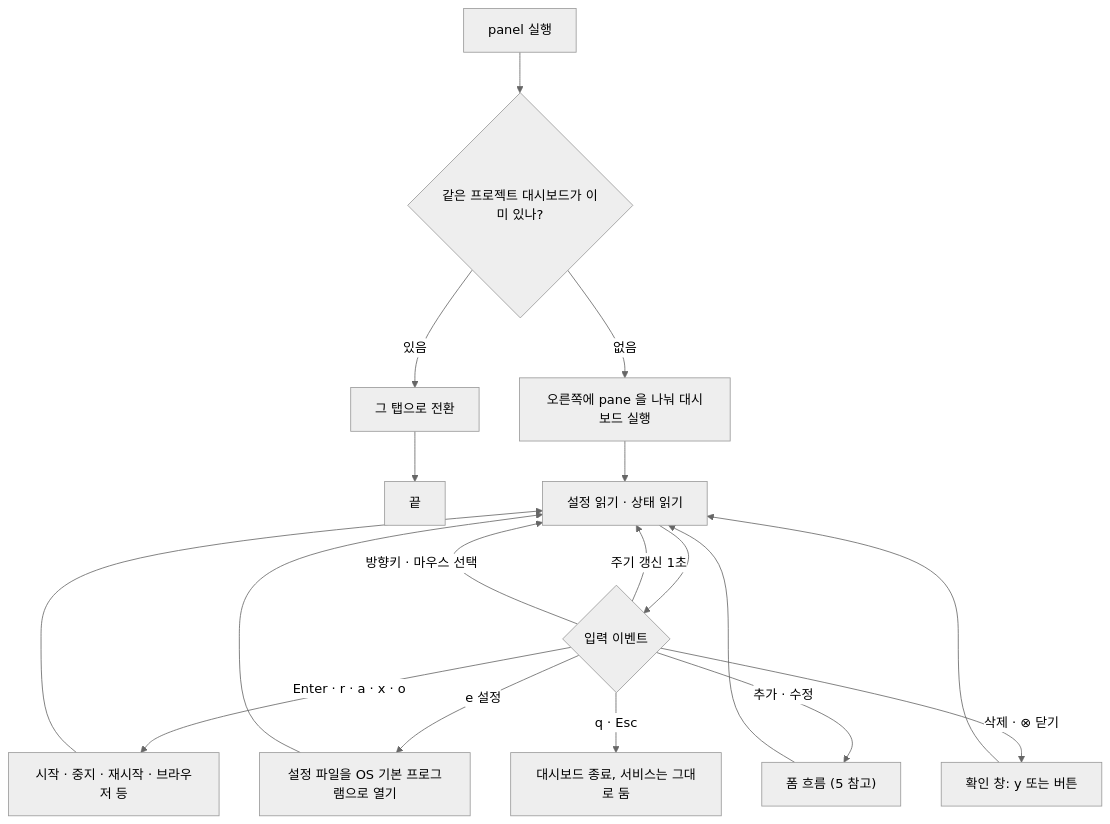
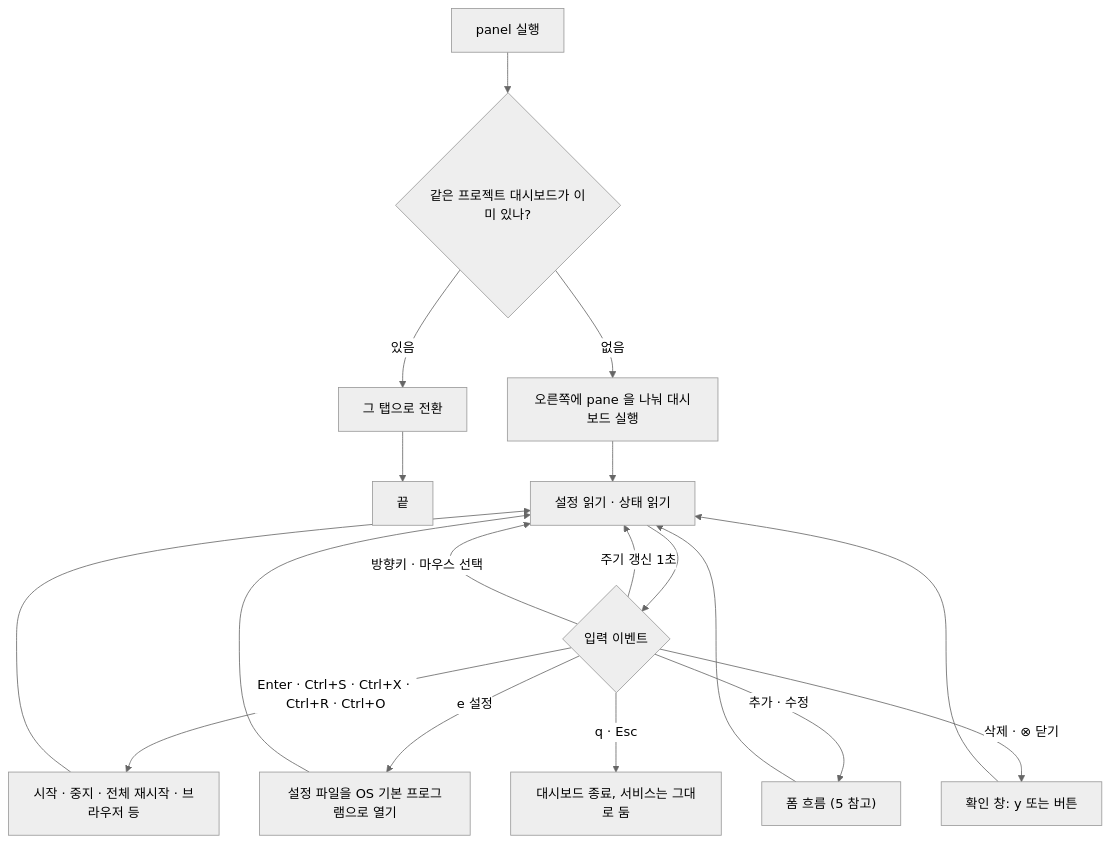
The fourth of 5 diagrams in docs/flow.md (vrwolf1004/herdr-devrun), drawn with Mermaid (neutral theme) before and after one commit. The commit also changed 24 other files, not shown here.

````diff
--- a/docs/flow.md
+++ b/docs/flow.md
@@ -83,19 +83,19 @@
 ```mermaid
 flowchart TD
     A[panel 실행] --> B{같은 프로젝트 대시보드가 이미 있나?}
     B -- 있음 --> C[그 탭으로 전환] --> Z[끝]
     B -- 없음 --> D[오른쪽에 pane 을 나눠 대시보드 실행]
     D --> E[설정 읽기 · 상태 읽기]
     E --> L{입력 이벤트}
     L -- 주기 갱신 1초 --> E
     L -- 방향키 · 마우스 선택 --> E
-    L -- Enter · r · a · x · o --> X[시작 · 중지 · 재시작 · 브라우저 등]
+    L -- Enter · Ctrl+S · Ctrl+X · Ctrl+R · Ctrl+O --> X[시작 · 중지 · 전체 재시작 · 브라우저 등]
     L -- e 설정 --> Y[설정 파일을 OS 기본 프로그램으로 열기]
     L -- 추가 · 수정 --> FM["폼 흐름 (5 참고)"]
     L -- 삭제 · ⊗ 닫기 --> CF["확인 창: y 또는 버튼"]
     L -- q · Esc --> Q[대시보드 종료, 서비스는 그대로 둠]
     X --> E
     Y --> E
     FM --> E
     CF --> E
 ```
````
